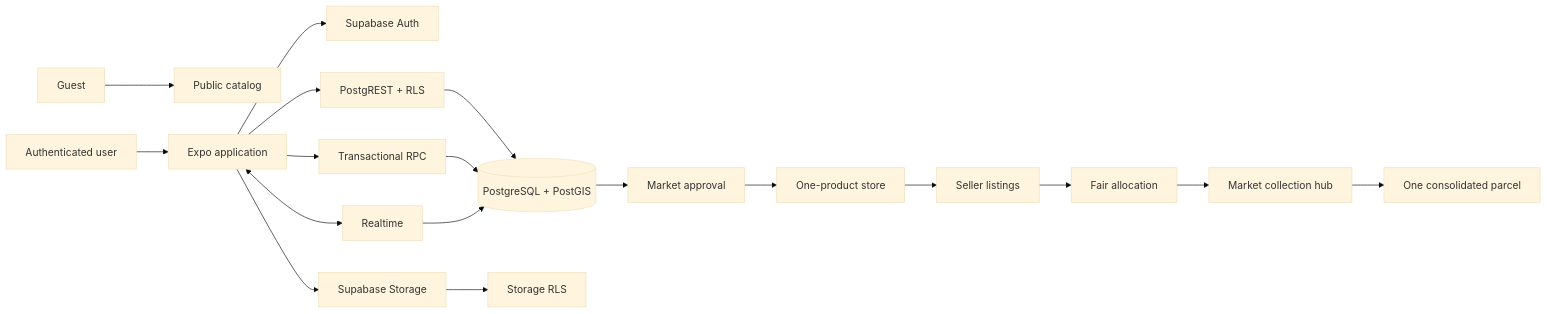
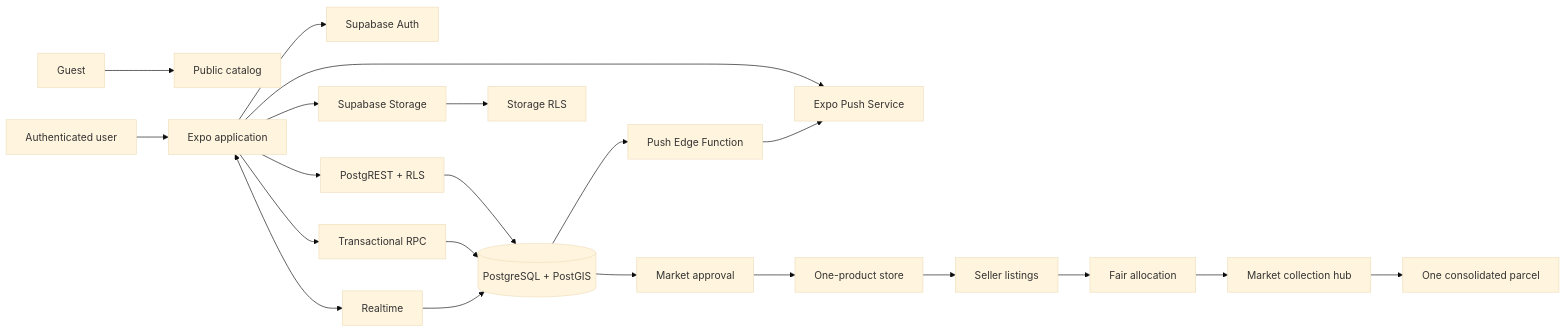
One commit to MIXThanakorn/locomall changed the first of 4 diagrams in README.md. Above: the diagram before and after it, drawn with Mermaid (base theme). The commit also changed other lines of this file and 29 other files, not shown here.

````diff
--- a/README.md
+++ b/README.md
@@ -22,21 +23,24 @@
 ```mermaid
 flowchart LR
     Guest[Guest] --> Catalog[Public catalog]
     User[Authenticated user] --> App[Expo application]
     App --> Auth[Supabase Auth]
     App --> REST[PostgREST + RLS]
     App --> RPC[Transactional RPC]
     App --> Storage[Supabase Storage]
     App <--> Realtime[Realtime]
+    App --> ExpoPush[Expo Push Service]
     REST --> DB[(PostgreSQL + PostGIS)]
     RPC --> DB
     Storage --> Policies[Storage RLS]
     Realtime --> DB
+    DB --> PushFn[Push Edge Function]
+    PushFn --> ExpoPush
 
     DB --> Market[Market approval]
     Market --> Store[One-product store]
     Store --> Listings[Seller listings]
     Listings --> Allocation[Fair allocation]
     Allocation --> Hub[Market collection hub]
     Hub --> Parcel[One consolidated parcel]
 ```
````
